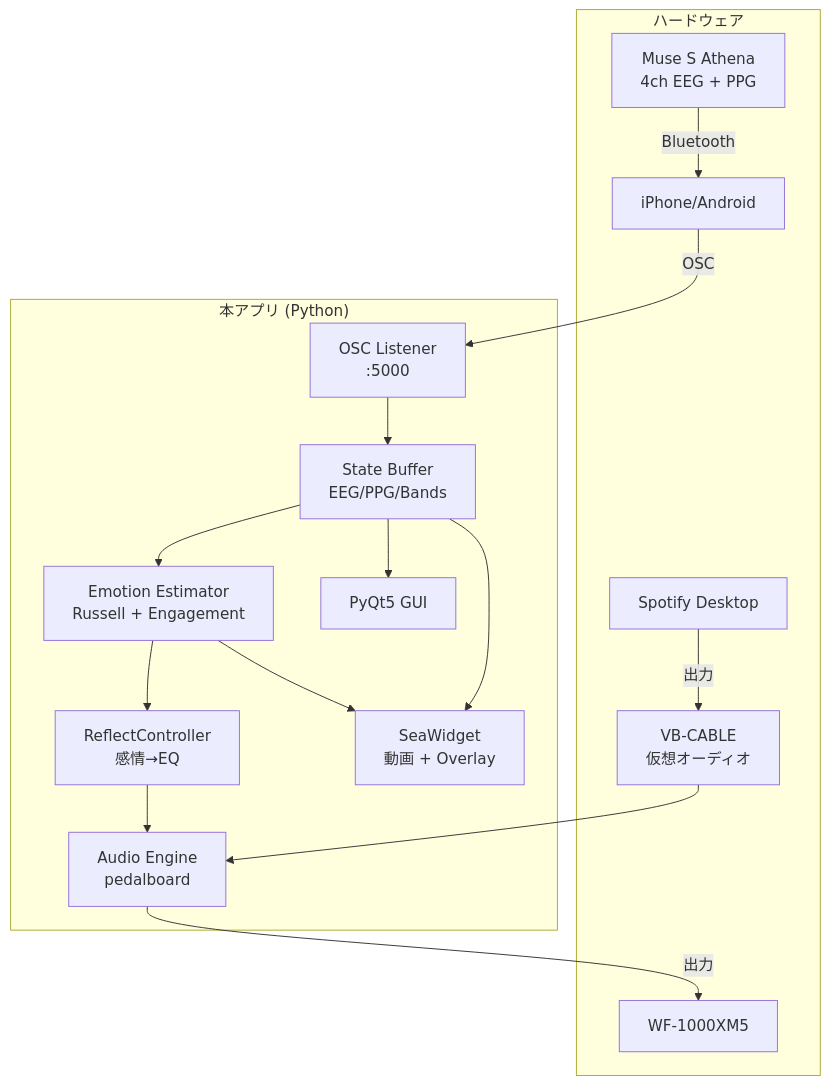
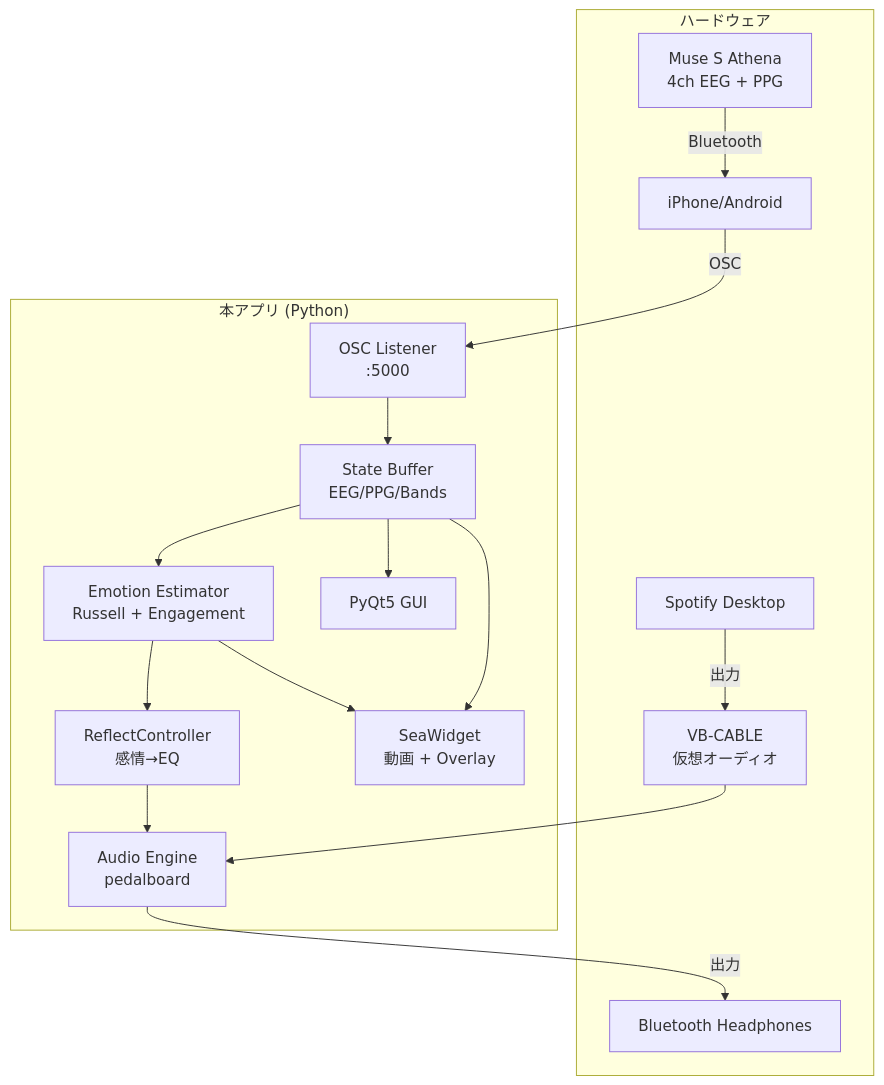
One commit to HIMEJI-HIRO/muse-emotion-eq changed the diagram in docs/architecture.md. Above: the diagram before and after it, drawn with Mermaid. The commit also changed 8 other files, not shown here.

````diff
--- a/docs/architecture.md
+++ b/docs/architecture.md
@@ -5,34 +5,34 @@
 ```mermaid
 graph TB
     subgraph "ハードウェア"
         Muse[Muse S Athena<br/>4ch EEG + PPG]
         Phone[iPhone/Android]
         VBCable[VB-CABLE<br/>仮想オーディオ]
-        WF[WF-1000XM5]
+        WF[Bluetooth Headphones]
         Spotify[Spotify Desktop]
     end
 
     subgraph "本アプリ (Python)"
         OSC[OSC Listener<br/>:5000]
         State[State Buffer<br/>EEG/PPG/Bands]
         Emotion[Emotion Estimator<br/>Russell + Engagement]
         Reflect[ReflectController<br/>感情→EQ]
         Audio[Audio Engine<br/>pedalboard]
         Sea[SeaWidget<br/>動画 + Overlay]
         GUI[PyQt5 GUI]
     end
 
     Muse -->|Bluetooth| Phone
     Phone -->|OSC| OSC
     OSC --> State
     State --> Emotion
     Emotion --> Reflect
     Reflect --> Audio
     Emotion --> Sea
     State --> Sea
     State --> GUI
 
     Spotify -->|出力| VBCable
     VBCable --> Audio
     Audio -->|出力| WF
 ```
````
